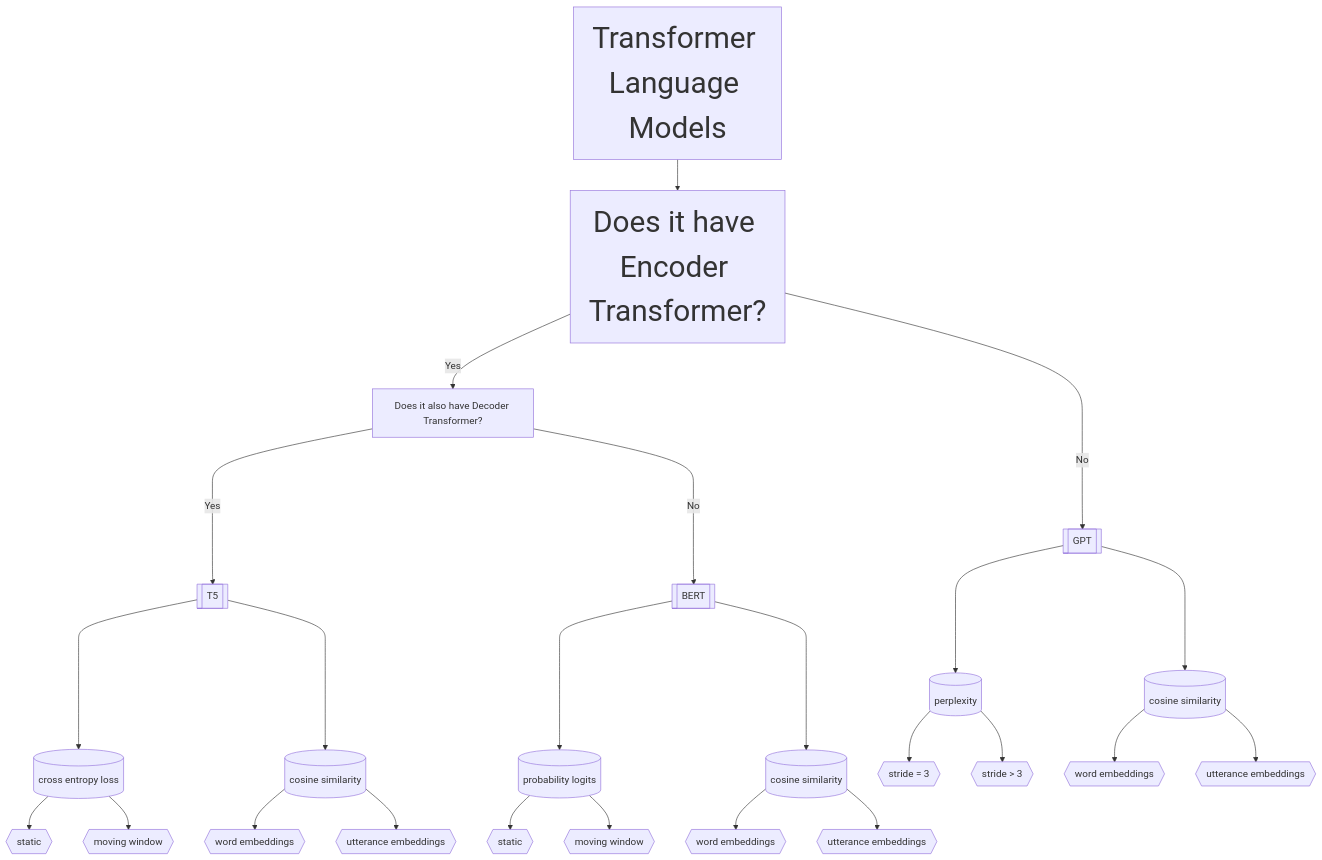
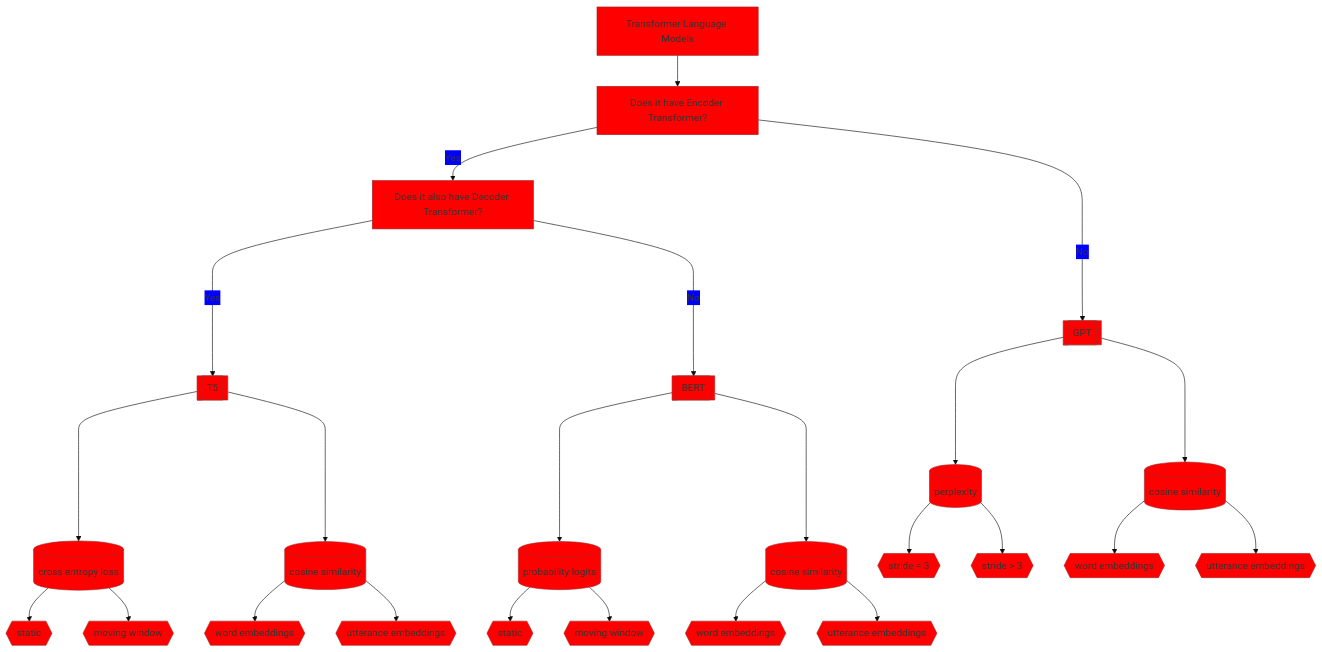
Before and after one commit to yancong222/SSD-LM-STanglab: the diagram in README.md, drawn with Mermaid.

````diff
--- a/README.md
+++ b/README.md
@@ -4,29 +4,30 @@
 ```mermaid
+%%{init: {'theme': 'base', 'themeVariables': { 'primaryColor': '#ff0000'}}}%%
 flowchart TD
-    A[<font size=24>Transformer Language Models] --> B[<font size=24>Does it have Encoder Transformer?]
+    A[Transformer Language Models] --> B[Does it have Encoder Transformer?]
     B -- Yes --> C[Does it also have Decoder Transformer?]
     C -- Yes ----> D[[T5]] ----> G[(cross entropy loss)]
     G --> J{{static}}
     G --> K{{moving window}}
     D ----> P[(cosine similarity)]
     P --> Q{{word embeddings}}
     P --> R{{utterance embeddings}}
     C -- No ----> E[[BERT]] ----> H[(probability logits)]
     H --> L{{static}}
     H --> M{{moving window}}
     E ----> S[(cosine similarity)]
     S --> T{{word embeddings}}
     S --> U{{utterance embeddings}}
     B -- No ----> F[[GPT]] ----> I[(perplexity)]
     I --> N{{stride = 3}}
     I --> O{{stride > 3}}
     F ----> V[(cosine similarity)]
     V --> W{{word embeddings}}
     V --> X{{utterance embeddings}}
     click A "https://github.com/yancong222/scriptscz/blob/main/perplexity/ed_perplexity.py" _blank
     click B "http://www.github.com" "Open this in a new tab" _blank
     click C href "http://www.github.com" _blank
     click D href "http://www.github.com" "Open this in a new tab" _blank
     
 classDef className fill:#f9f,stroke:#333,stroke-width:4px
 ```
````
